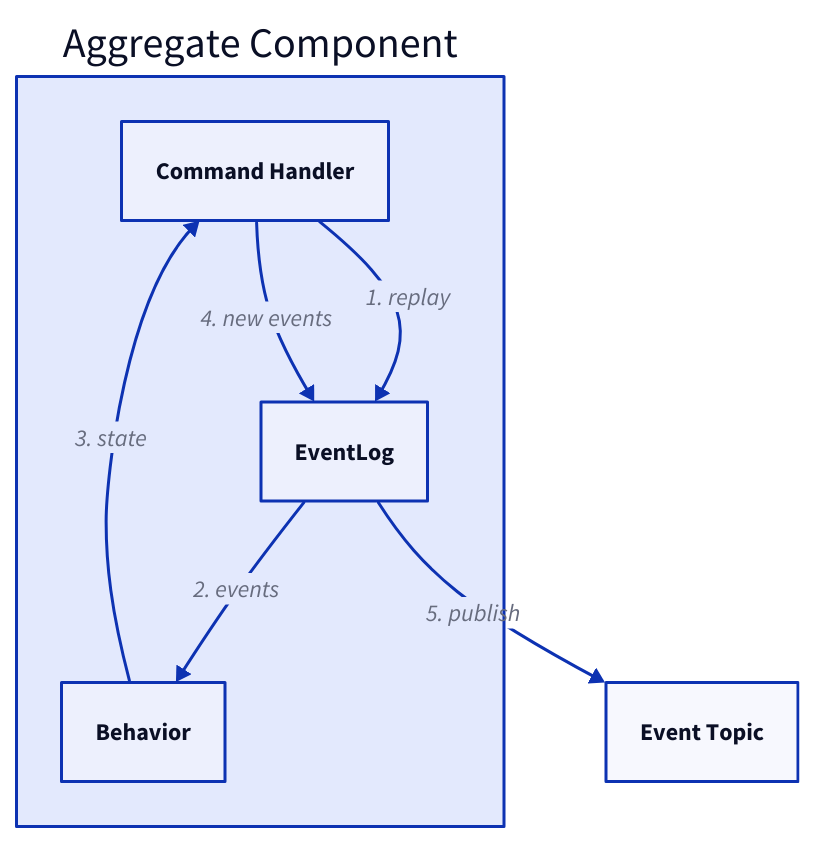
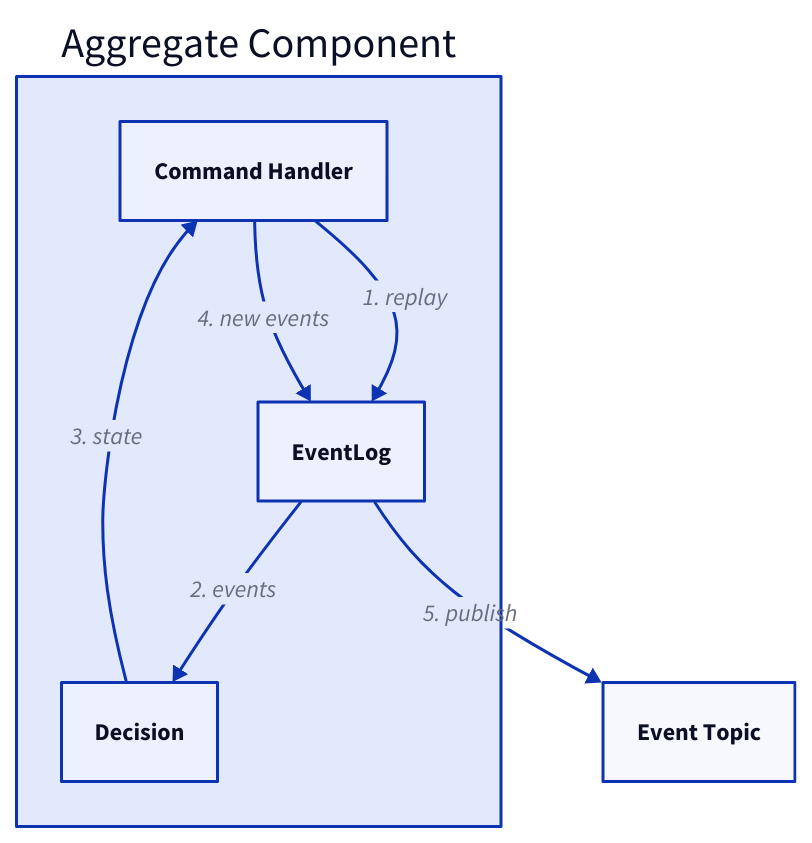
One commit to ReventlessDev/reventless-core changed the fourth of 4 diagrams in packages/doc/docs-framework/runtime-components/eventlog.md. Above: the diagram before and after it, drawn with D2. The commit also changed other lines of this file and 80 other files, not shown here.

````diff
--- a/packages/doc/docs-framework/runtime-components/eventlog.md
+++ b/packages/doc/docs-framework/runtime-components/eventlog.md
@@ -183,18 +183,18 @@
 ```d2
 AggregateComponent: Aggregate Component {
   class: write-side
 
   CommandHandler: Command Handler{ class: aggregate }
   EventLog: EventLog { class: event-log }
-  Behavior: Behavior{ class: spec }
+  Decision: Decision{ class: spec }
 
   CommandHandler -> EventLog: 1. replay
-  EventLog -> Behavior: 2. events
-  Behavior -> CommandHandler: 3. state
+  EventLog -> Decision: 2. events
+  Decision -> CommandHandler: 3. state
   CommandHandler -> EventLog: 4. new events
 }
 
 EventTopic: Event Topic { class: event-topic }
 
 AggregateComponent.EventLog -> EventTopic: 5. publish { class: event-flow }
 ```
````
